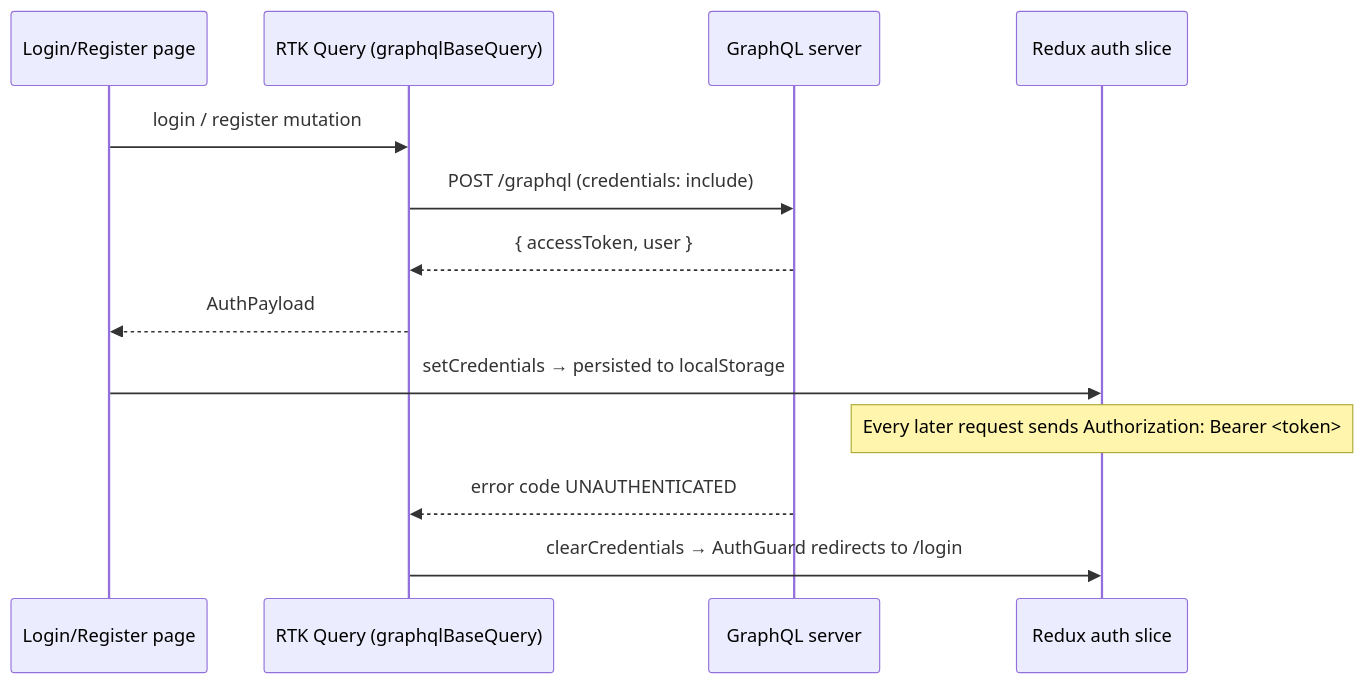
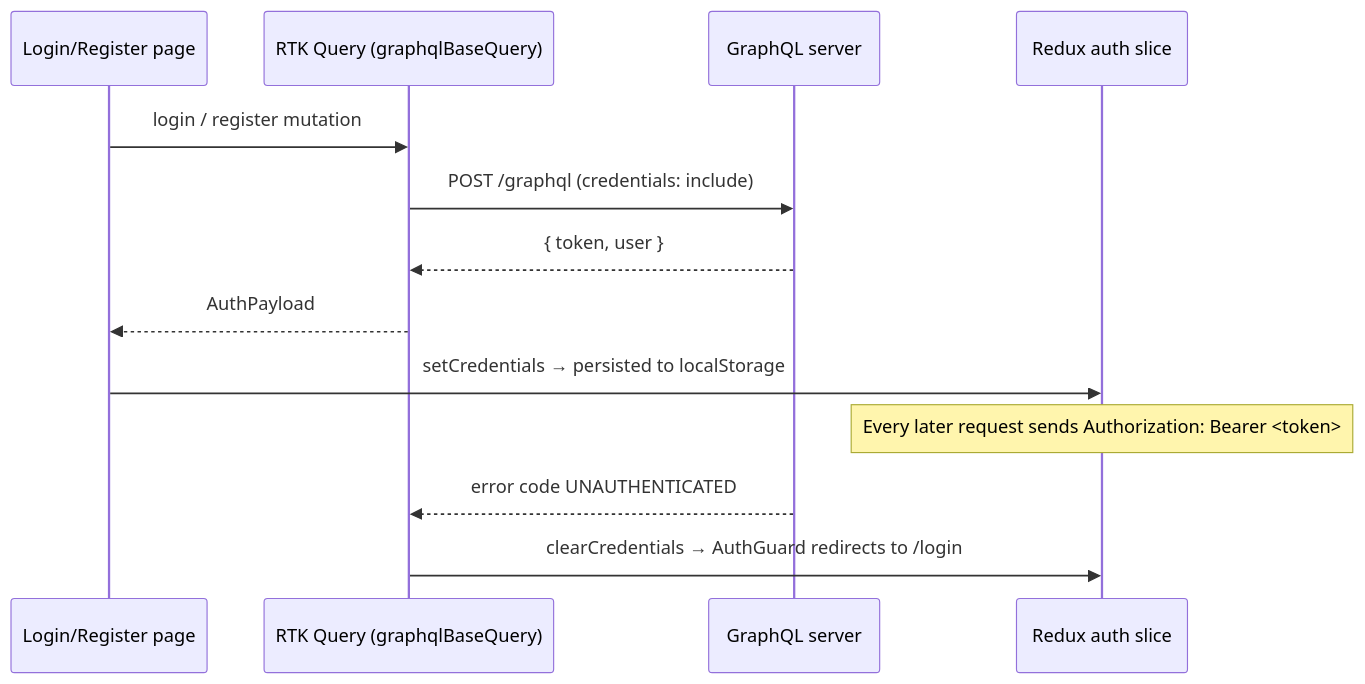
Before and after one commit to kennmasing-zuitt/kisetsu-scheduler: the diagram in README.md, drawn with Mermaid. The commit also changed other lines of this file and 38 other files, not shown here.

````diff
--- a/README.md
+++ b/README.md
@@ -79,15 +79,15 @@
 ```mermaid
 sequenceDiagram
   participant UI as Login/Register page
   participant RTK as RTK Query (graphqlBaseQuery)
   participant API as GraphQL server
   participant Store as Redux auth slice
   UI->>RTK: login / register mutation
   RTK->>API: POST /graphql (credentials: include)
-  API-->>RTK: { accessToken, user }
+  API-->>RTK: { token, user }
   RTK-->>UI: AuthPayload
   UI->>Store: setCredentials → persisted to localStorage
   Note over Store: Every later request sends Authorization: Bearer <token>
   API-->>RTK: error code UNAUTHENTICATED
   RTK->>Store: clearCredentials → AuthGuard redirects to /login
 ```
````
